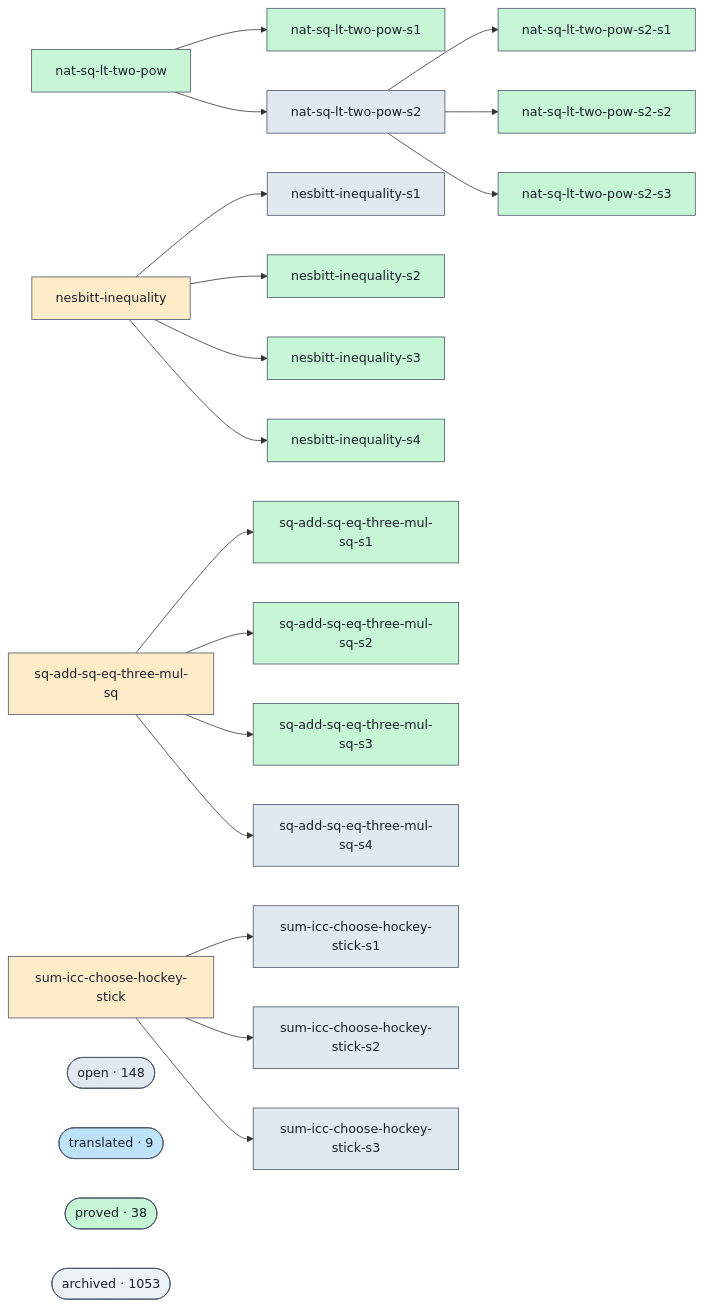
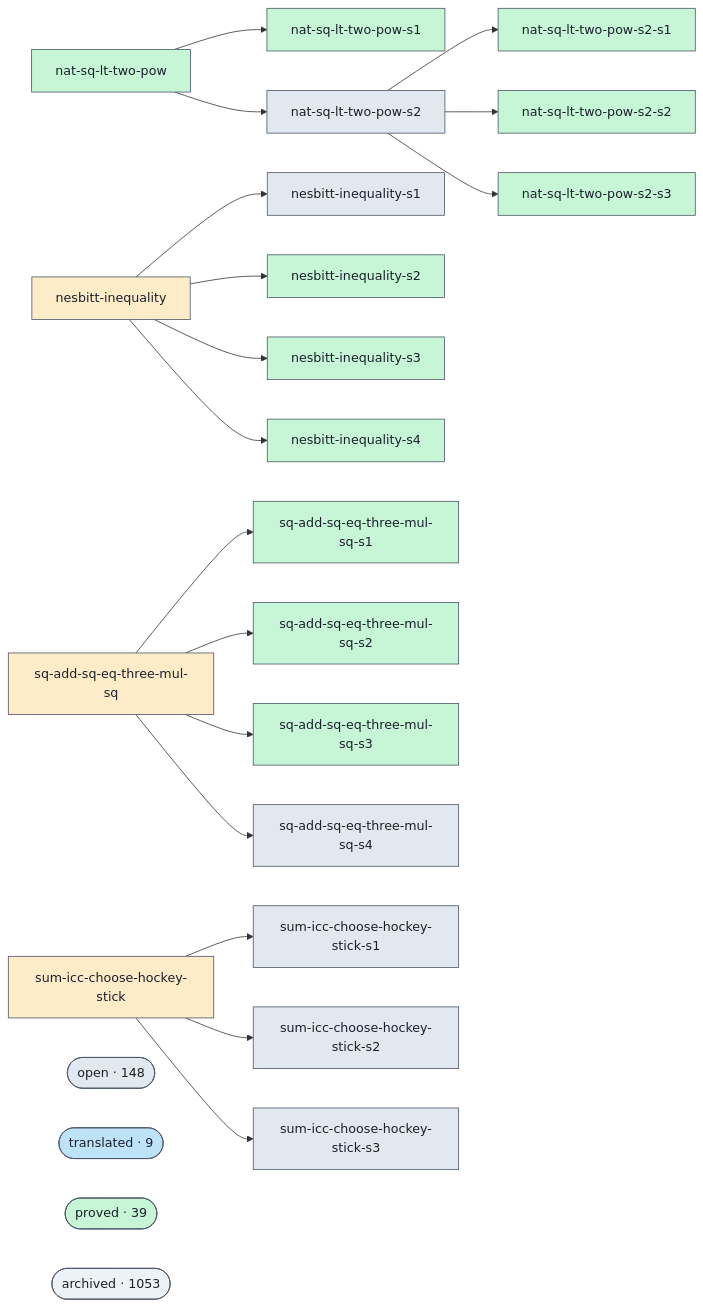
The diagram in docs/proofs-contributors-visualisation.md (ohdearquant/unsorry), drawn with Mermaid before and after one commit. The commit also changed other lines of this file and 2 other files, not shown here.

```diff
--- a/docs/proofs-contributors-visualisation.md
+++ b/docs/proofs-contributors-visualisation.md
@@ -102,7 +102,7 @@
   class cluster_open open;
   cluster_translated(["translated · 9"])
   class cluster_translated translated;
-  cluster_proved(["proved · 38"])
+  cluster_proved(["proved · 39"])
   class cluster_proved proved;
   cluster_archived(["archived · 1053"])
   class cluster_archived unknown;
```
